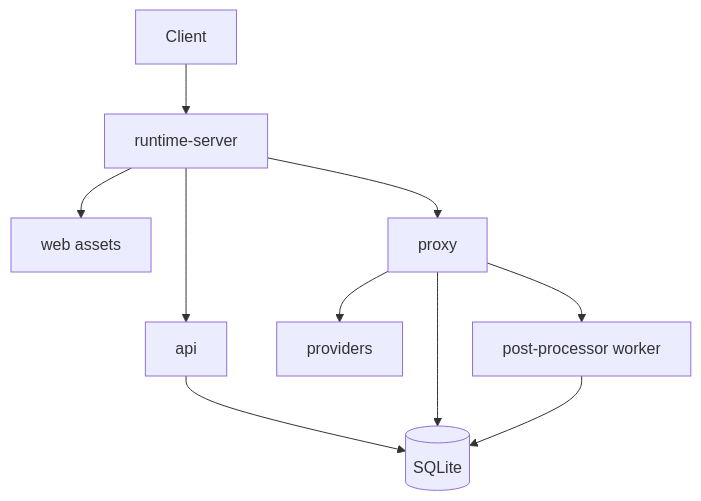
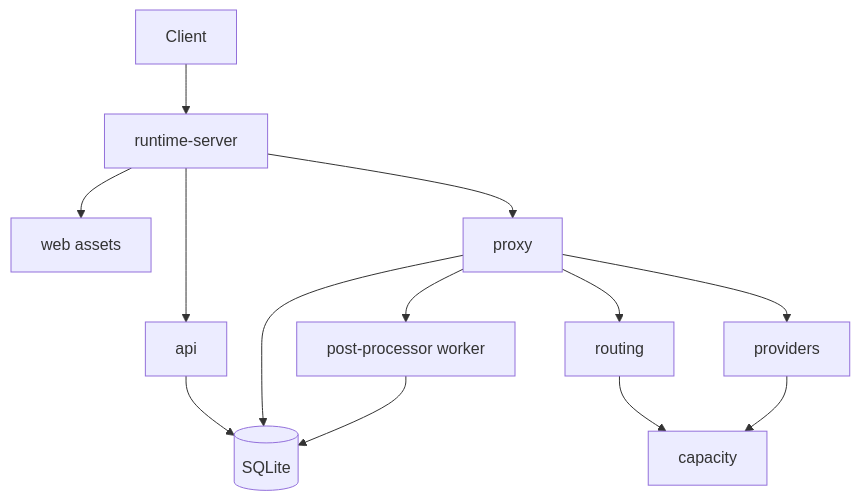
One commit to certalis/agent-smith changed the first of 6 diagrams in docs/data-flow.md. Above: the diagram before and after it, drawn with Mermaid. The commit also changed other lines of this file and 89 other files, not shown here.

````diff
--- a/docs/data-flow.md
+++ b/docs/data-flow.md
@@ -22,21 +22,26 @@
 ```mermaid
 graph TD
     CLIENT[Client]
     SERVER[runtime-server]
     API[api]
     DASH[web assets]
     PROXY[proxy]
+    ROUTING[routing]
+    CAPACITY[capacity]
     DB[(SQLite)]
     PROVIDERS[providers]
     WORKER[post-processor worker]
 
     CLIENT --> SERVER
     SERVER --> API
     SERVER --> DASH
     SERVER --> PROXY
     API --> DB
+    PROXY --> ROUTING
+    ROUTING --> CAPACITY
     PROXY --> PROVIDERS
     PROXY --> DB
+    PROVIDERS --> CAPACITY
     PROXY --> WORKER
     WORKER --> DB
 ```
````
